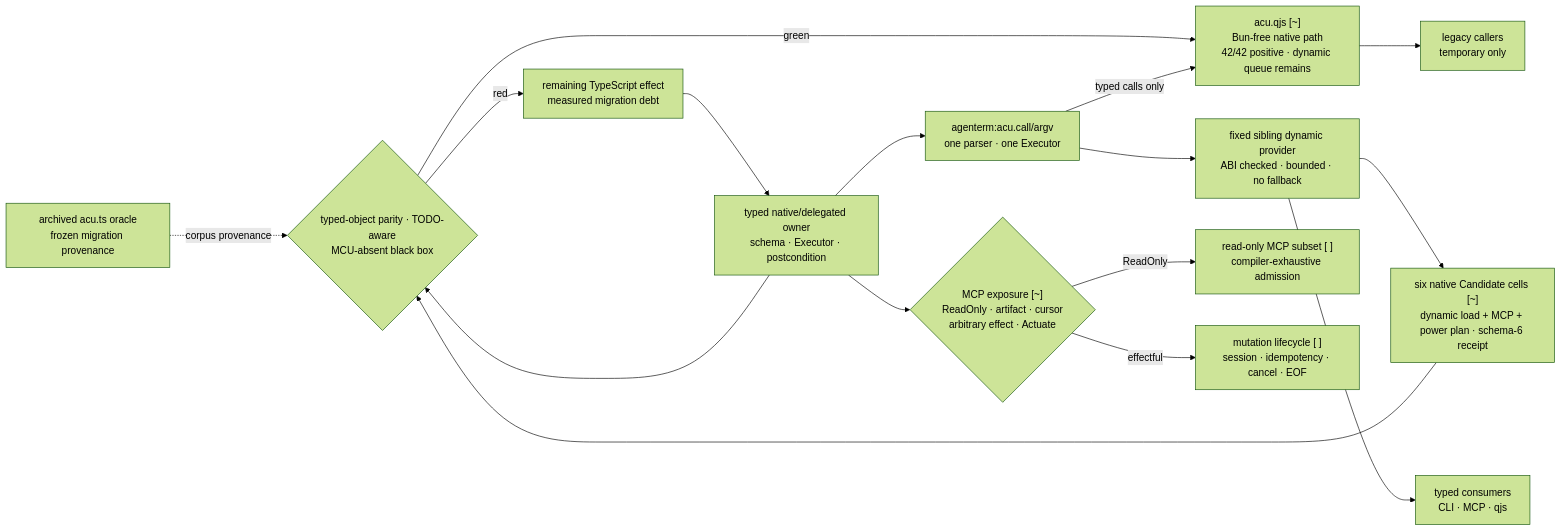
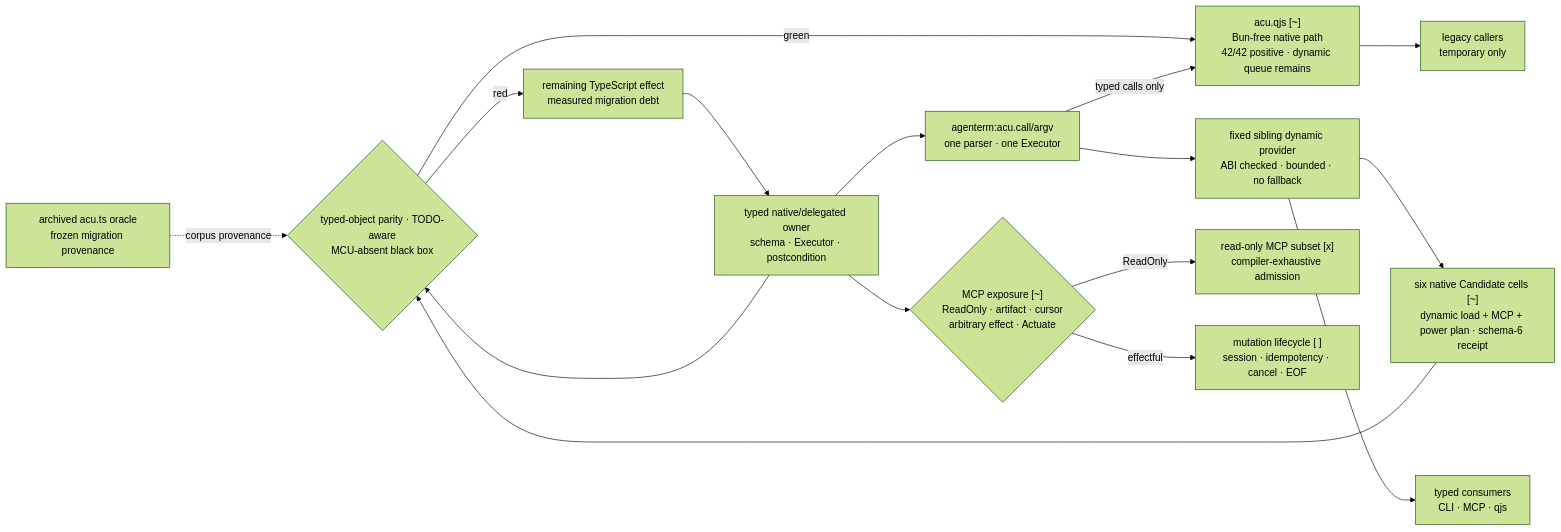
One commit to partnernetsoftware/agenterm changed the first of 22 diagrams in prd/PRD_02_28_agenterm_cu.md. Above: the diagram before and after it, drawn with Mermaid (forest theme). The commit also changed other lines of this file and 10 other files, not shown here.

Commit message:
fix: enforce read-only MCP command exposure

````diff
--- a/prd/PRD_02_28_agenterm_cu.md
+++ b/prd/PRD_02_28_agenterm_cu.md
@@ -214,26 +215,26 @@
   ```mermaid
   flowchart LR
     TS["archived acu.ts oracle<br/>frozen migration provenance"]
     OWNER["typed native/delegated owner<br/>schema · Executor · postcondition"]
     OBJ["agenterm:acu.call/argv<br/>one parser · one Executor"]
     PROVIDER["fixed sibling dynamic provider<br/>ABI checked · bounded · no fallback"]
     COURT["six native Candidate cells [~]<br/>dynamic load + MCP + power plan · schema-6 receipt"]
     GATE{"typed-object parity · TODO-aware<br/>MCU-absent black box"}
     QJS["acu.qjs [~]<br/>Bun-free native path<br/>42/42 positive · dynamic queue remains"]
     USERS["typed consumers<br/>CLI · MCP · qjs"]
     MCPCLASS{"MCP exposure [~]<br/>ReadOnly · artifact · cursor<br/>arbitrary effect · Actuate"}
-    MCPRO["read-only MCP subset [ ]<br/>compiler-exhaustive admission"]
+    MCPRO["read-only MCP subset [x]<br/>compiler-exhaustive admission"]
     MCPMUT["mutation lifecycle [ ]<br/>session · idempotency · cancel · EOF"]
     LEGACY["legacy callers<br/>temporary only"]
     DEBT["remaining TypeScript effect<br/>measured migration debt"]
     OWNER --> OBJ --> PROVIDER --> USERS
     OWNER --> MCPCLASS
     MCPCLASS -->|ReadOnly| MCPRO
     MCPCLASS -->|effectful| MCPMUT
     PROVIDER --> COURT --> GATE
     TS -. corpus provenance .-> GATE
     OWNER --> GATE
     GATE -->|red| DEBT --> OWNER
     GATE -->|green| QJS --> LEGACY
     OBJ -->|typed calls only| QJS
   ```
````
